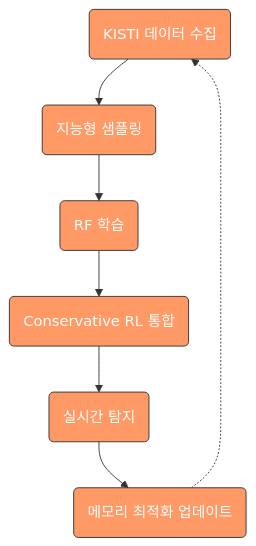
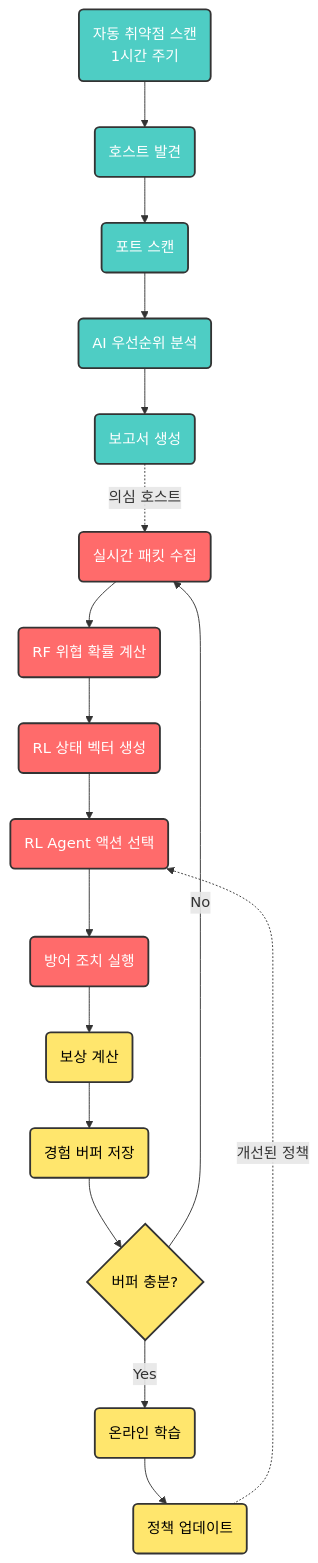
One commit to Es5724/Intrusion_DetectionSystem changed the first of 3 diagrams in README.md. Above: the diagram before and after it, drawn with Mermaid. The commit also changed other lines of this file and 1 other file, not shown here.

````diff
--- a/README.md
+++ b/README.md
@@ -460,12 +472,28 @@
 ```mermaid
 flowchart TD
-    A("KISTI 데이터 수집") --> B("지능형 샘플링")
-    B --> C("RF 학습")
-    C --> D("Conservative RL 통합")
-    D --> E(" 실시간 탐지")
-    E --> F("메모리 최적화 업데이트")
-    F -.-> A
+    A("실시간 패킷 수집") --> B("RF 위협 확률 계산")
+    B --> C("RL 상태 벡터 생성")
+    C --> D("RL Agent 액션 선택")
+    D --> E("방어 조치 실행")
+    E --> F("보상 계산")
+    F --> G("경험 버퍼 저장")
+    G --> H{"버퍼 충분?"}
+    H -->|Yes| I("온라인 학습")
+    H -->|No| A
+    I --> J("정책 업데이트")
+    J -.->|개선된 정책| D
     
-    classDef main fill:#f96,color:#fff,stroke:#333,stroke-width:1px;
-    class A,B,C,D,E,F main;
+    K("자동 취약점 스캔<br/>1시간 주기") --> L("호스트 발견")
+    L --> M("포트 스캔")
+    M --> N("AI 우선순위 분석")
+    N --> O("보고서 생성")
+    O -.->|의심 호스트| A
+    
+    classDef reactive fill:#ff6b6b,color:#fff,stroke:#333,stroke-width:2px;
+    classDef scan fill:#4ecdc4,color:#fff,stroke:#333,stroke-width:2px;
+    classDef learning fill:#ffe66d,color:#000,stroke:#333,stroke-width:2px;
+    
+    class A,B,C,D,E reactive;
+    class K,L,M,N,O scan;
+    class F,G,H,I,J learning;
 ```
````
